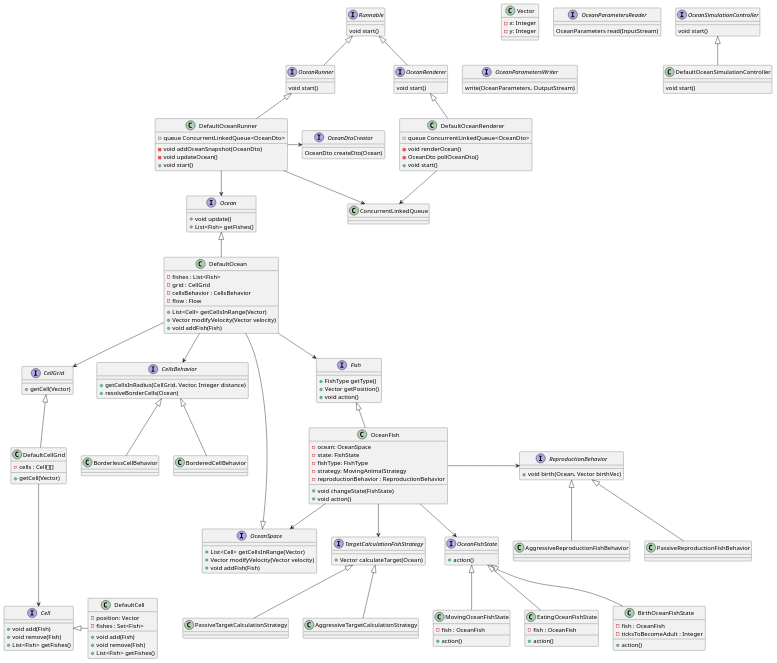
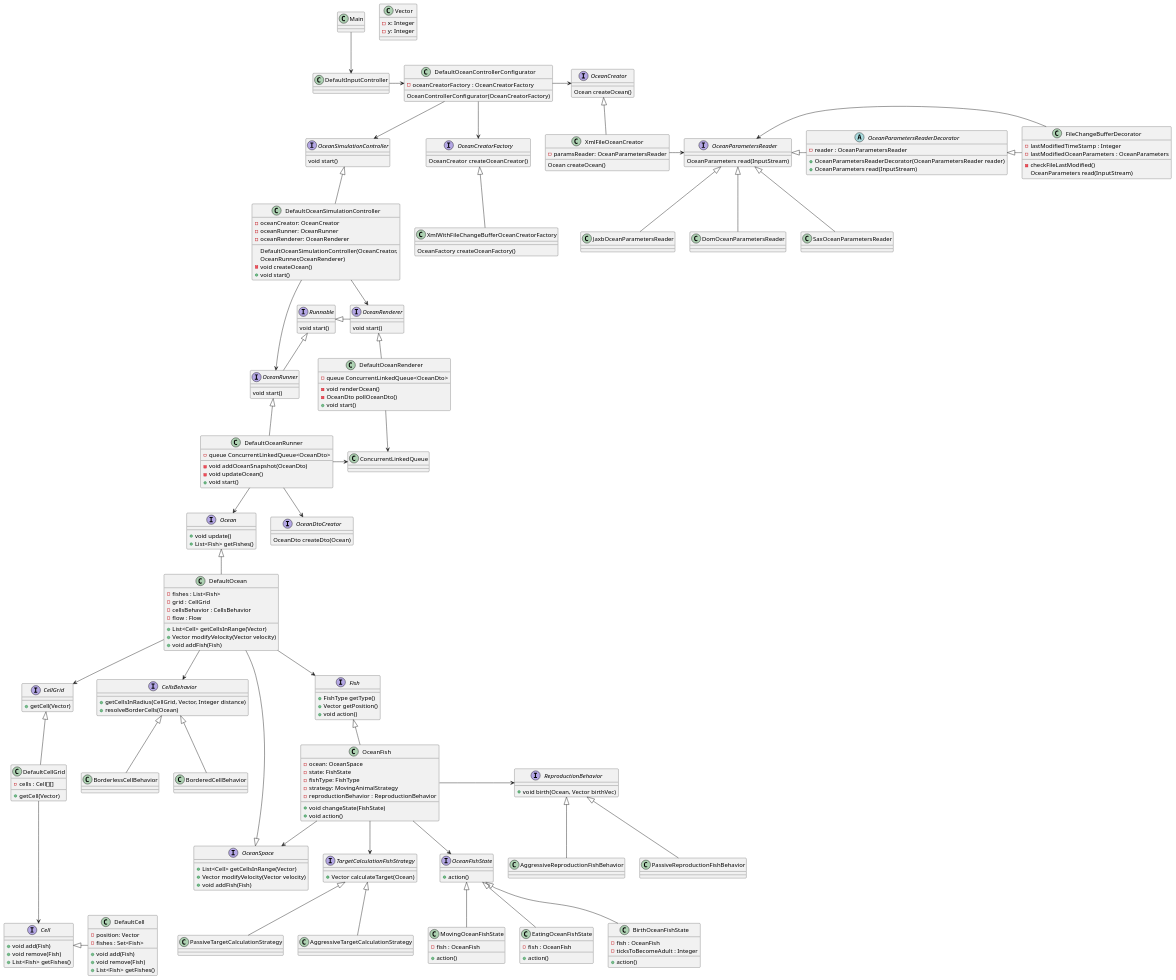
The diagram in docs/mainClassDiagram.puml (TraningCenter/aqua-thor_nazarov-kostin), drawn with PlantUML before and after one commit.

Commit message:
Added OceanCreator decorator, parameters reader, etc

```diff
--- a/docs/mainClassDiagram.puml
+++ b/docs/mainClassDiagram.puml
@@ -7,7 +7,13 @@
 OceanSimulationController <|-- DefaultOceanSimulationController
 
 class DefaultOceanSimulationController{
-    void start()
+    -oceanCreator: OceanCreator
+    -oceanRunner: OceanRunner
+    -oceanRenderer: OceanRenderer
+    DefaultOceanSimulationController(OceanCreator,
+    OceanRunner,OceanRenderer)
+    -void createOcean()
+    +void start()
 
 }
 
@@ -30,13 +36,13 @@
 }
 DefaultOceanRunner --> Ocean
 DefaultOceanRunner -> ConcurrentLinkedQueue
-DefaultOceanRunner -> OceanDtoCreator
+DefaultOceanRunner --> OceanDtoCreator
 
 interface OceanDtoCreator{
     OceanDto createDto(Ocean)
 }
 
-Runnable <|-- OceanRenderer
+Runnable <|- OceanRenderer
 interface OceanRenderer{
     void start()
 
@@ -181,10 +187,61 @@
     OceanParameters read(InputStream)
 }
 
-interface OceanParametersWriter{
-    write(OceanParameters, OutputStream)
+OceanParametersReader <|- OceanParametersReaderDecorator
+abstract class OceanParametersReaderDecorator{
+    -reader : OceanParametersReader
+    +OceanParametersReaderDecorator(OceanParametersReader reader)
+    +OceanParameters read(InputStream)
 }
 
+OceanParametersReaderDecorator <|- FileChangeBufferDecorator
+class FileChangeBufferDecorator{
+    -lastModifiedTimeStamp : Integer
+    -lastModifiedOceanParameters : OceanParameters
+    -checkFileLastModified()
+    OceanParameters read(InputStream)
+}
+FileChangeBufferDecorator -> OceanParametersReader
 
+OceanParametersReader <|-- DomOceanParametersReader
+OceanParametersReader <|-- SaxOceanParametersReader
+OceanParametersReader <|-- JaxbOceanParametersReader
 
+interface OceanCreator{
+    Ocean createOcean()
+}
+
+OceanCreator<|--XmlFileOceanCreator
+class XmlFileOceanCreator{
+    -paramsReader: OceanParametersReader
+    Ocean createOcean()
+}
+XmlFileOceanCreator -> OceanParametersReader
+
+DefaultOceanSimulationController-->OceanRunner
+DefaultOceanSimulationController-->OceanRenderer
+DefaultOceanControllerConfigurator -> OceanCreator
+
+interface OceanCreatorFactory{
+    OceanCreator createOceanCreator()
+}
+
+OceanCreatorFactory <|-- XmlWithFileChangeBufferOceanCreatorFactory
+
+class XmlWithFileChangeBufferOceanCreatorFactory{
+    OceanFactory createOceanFactory()
+}
+
+class DefaultOceanControllerConfigurator{
+    -oceanCreatorFactory : OceanCreatorFactory
+    OceanControllerConfigurator(OceanCreatorFactory)
+
+}
+
+DefaultOceanControllerConfigurator --> OceanCreatorFactory
+DefaultOceanControllerConfigurator --> OceanSimulationController
+
+DefaultInputController -> DefaultOceanControllerConfigurator
+
+Main --> DefaultInputController
 @enduml
```
